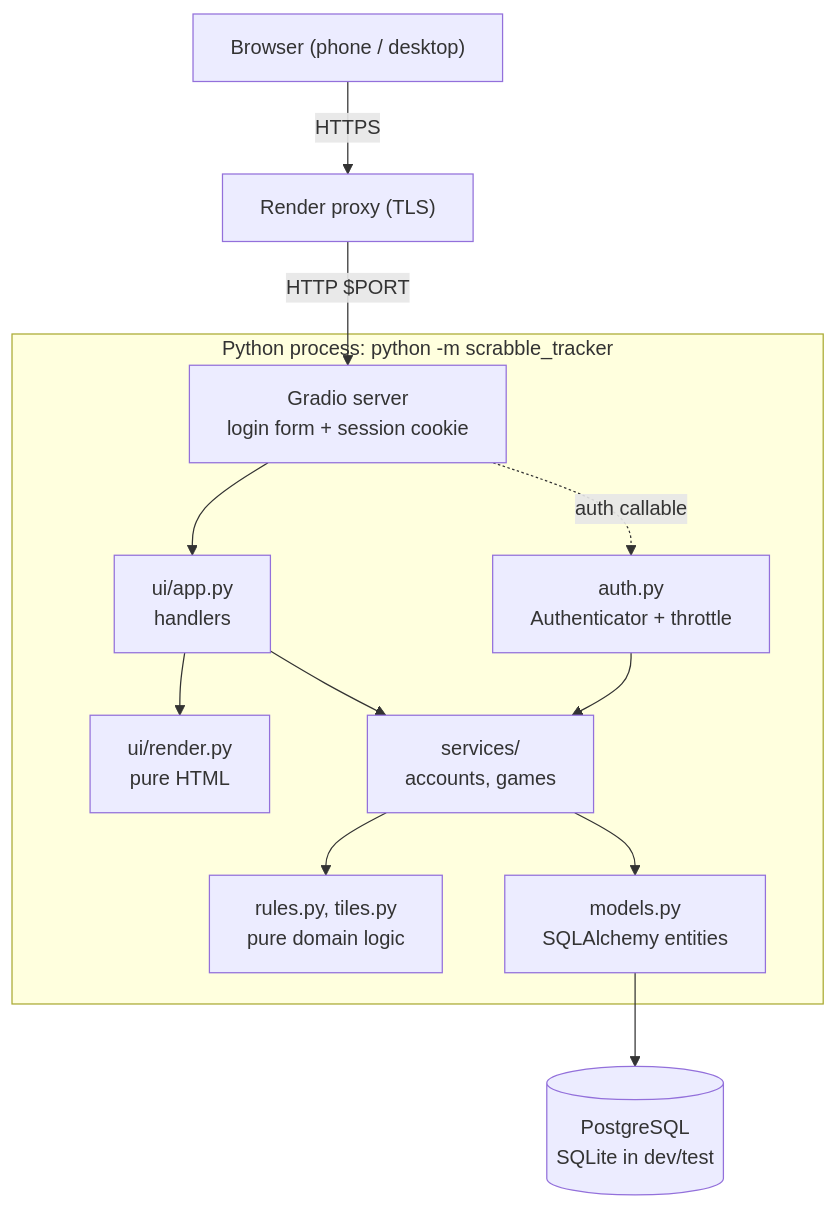
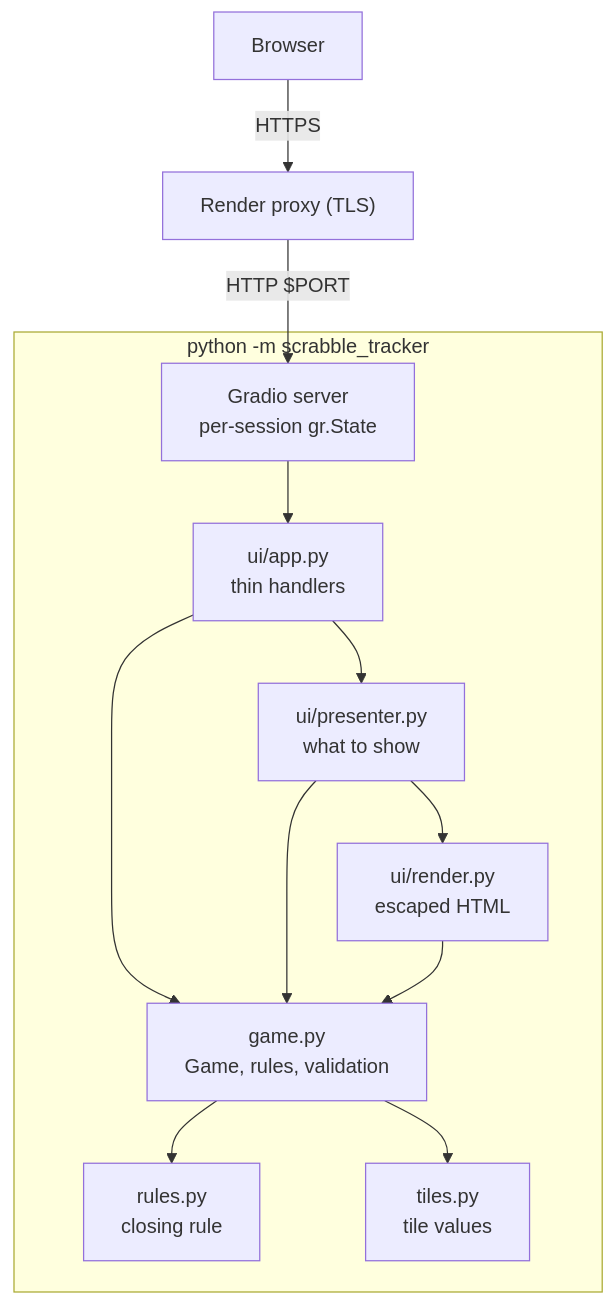
One commit to oscarsanders/scrabbleTracker changed the diagram in docs/ARCHITECTURE.md. Above: the diagram before and after it, drawn with Mermaid. The commit also changed other lines of this file and 29 other files, not shown here.

````diff
--- a/docs/ARCHITECTURE.md
+++ b/docs/ARCHITECTURE.md
@@ -22,15 +11,15 @@
 ```mermaid
 flowchart TB
-    Browser["Browser (phone / desktop)"] -->|HTTPS| Render["Render proxy (TLS)"]
-    Render -->|HTTP $PORT| Gradio
-    subgraph Process["Python process: python -m scrabble_tracker"]
-        Gradio["Gradio server<br/>login form + session cookie"] --> UI["ui/app.py<br/>handlers"]
-        UI --> Render2["ui/render.py<br/>pure HTML"]
-        UI --> Services["services/<br/>accounts, games"]
-        Services --> Rules["rules.py, tiles.py<br/>pure domain logic"]
-        Services --> Models["models.py<br/>SQLAlchemy entities"]
-        Gradio -.auth callable.-> Auth["auth.py<br/>Authenticator + throttle"]
-        Auth --> Services
+    Browser["Browser"] -->|HTTPS| Proxy["Render proxy (TLS)"]
+    Proxy -->|HTTP $PORT| Gradio
+    subgraph Process["python -m scrabble_tracker"]
+        Gradio["Gradio server<br/>per-session gr.State"] --> App["ui/app.py<br/>thin handlers"]
+        App --> Presenter["ui/presenter.py<br/>what to show"]
+        Presenter --> Render["ui/render.py<br/>escaped HTML"]
+        App --> Game["game.py<br/>Game, rules, validation"]
+        Presenter --> Game
+        Render --> Game
+        Game --> Rules["rules.py<br/>closing rule"]
+        Game --> Tiles["tiles.py<br/>tile values"]
     end
-    Models --> DB[("PostgreSQL<br/>SQLite in dev/test")]
 ```
````
